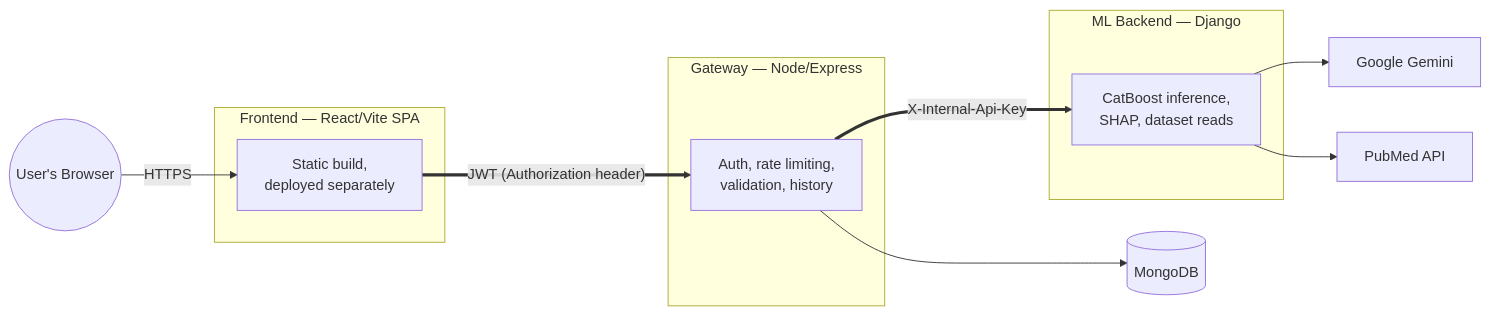
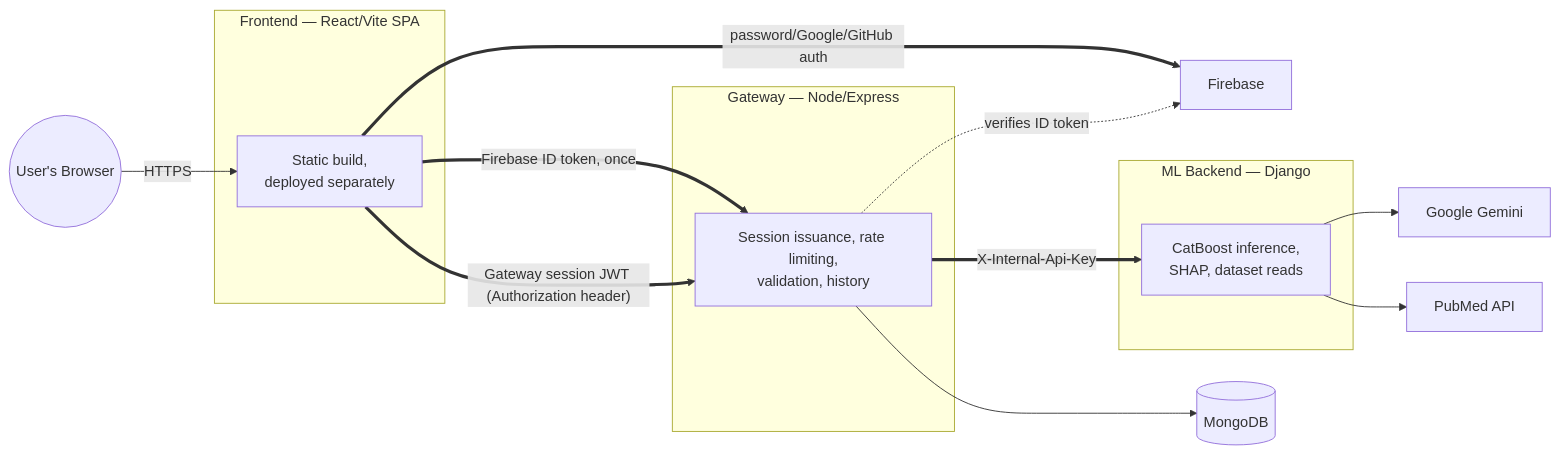
The diagram in docs/architecture/high-level-architecture.md (dhyeydaftary/antibiotic-resistance-intelligence-platform), drawn with Mermaid before and after one commit. The commit also changed other lines of this file and 44 other files, not shown here.

First line of the commit message:
feat(auth): migrate to Firebase as identity provider (ADR-0005)

````diff
--- a/docs/architecture/high-level-architecture.md
+++ b/docs/architecture/high-level-architecture.md
@@ -17,27 +18,31 @@
 ```mermaid
 flowchart LR
     U((User's Browser))
 
     subgraph Frontend["Frontend — React/Vite SPA"]
         FE[Static build,<br/>deployed separately]
     end
 
     subgraph Gateway["Gateway — Node/Express"]
-        GW[Auth, rate limiting,<br/>validation, history]
+        GW[Session issuance, rate limiting,<br/>validation, history]
     end
 
     subgraph MLBackend["ML Backend — Django"]
         DJ[CatBoost inference,<br/>SHAP, dataset reads]
     end
 
     DB[(MongoDB)]
+    FB[Firebase]
     AI[Google Gemini]
     PM[PubMed API]
 
     U -->|HTTPS| FE
-    FE ==>|"JWT (Authorization header)"| GW
+    FE ==>|"password/Google/GitHub auth"| FB
+    FE ==>|"Firebase ID token, once"| GW
+    GW -.->|"verifies ID token"| FB
+    FE ==>|"Gateway session JWT (Authorization header)"| GW
     GW ==>|"X-Internal-Api-Key"| DJ
     GW --> DB
     DJ --> AI
     DJ --> PM
 ```
````
